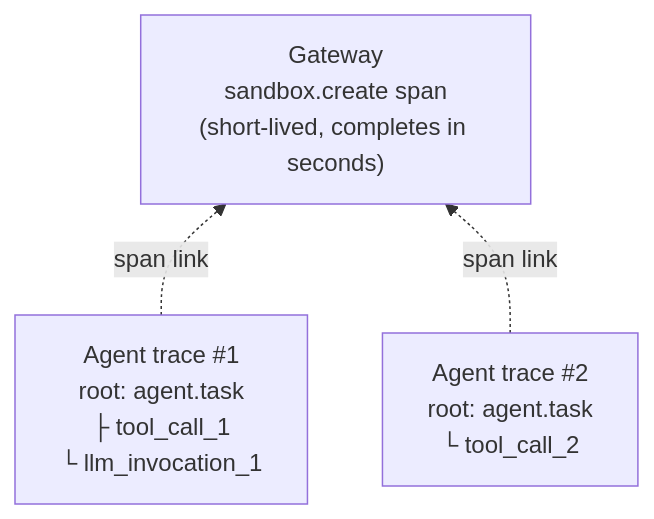
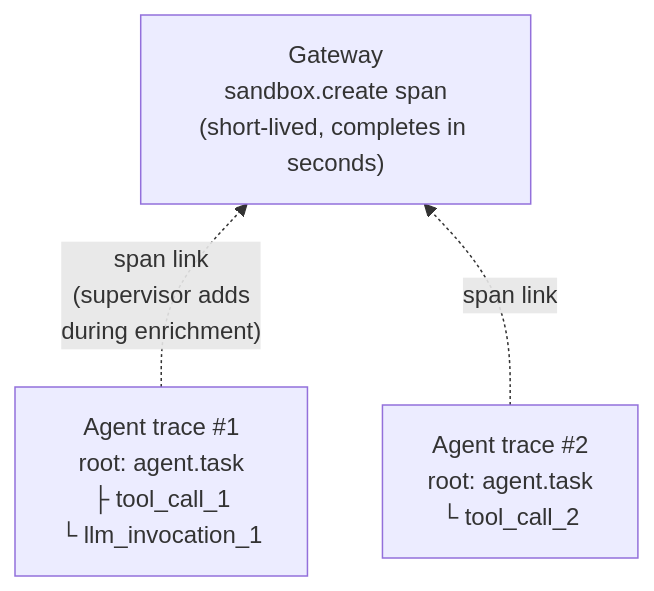
One commit to NVIDIA/OpenShell changed the second of 2 diagrams in rfc/0012-observability-architecture/README.md. Above: the diagram before and after it, drawn with Mermaid. The commit also changed other lines of this file, not shown here.

````diff
--- a/rfc/0012-observability-architecture/README.md
+++ b/rfc/0012-observability-architecture/README.md
@@ -131,5 +142,5 @@
 ```mermaid
 graph BT
-    A1["Agent trace #1<br/>root: agent.task<br/>├ tool_call_1<br/>└ llm_invocation_1"] -.->|"span link"| GW["Gateway<br/>sandbox.create span<br/>(short-lived, completes in seconds)"]
+    A1["Agent trace #1<br/>root: agent.task<br/>├ tool_call_1<br/>└ llm_invocation_1"] -.->|"span link<br/>(supervisor adds<br/>during enrichment)"| GW["Gateway<br/>sandbox.create span<br/>(short-lived, completes in seconds)"]
     A2["Agent trace #2<br/>root: agent.task<br/>└ tool_call_2"] -.->|"span link"| GW
 ```
````
